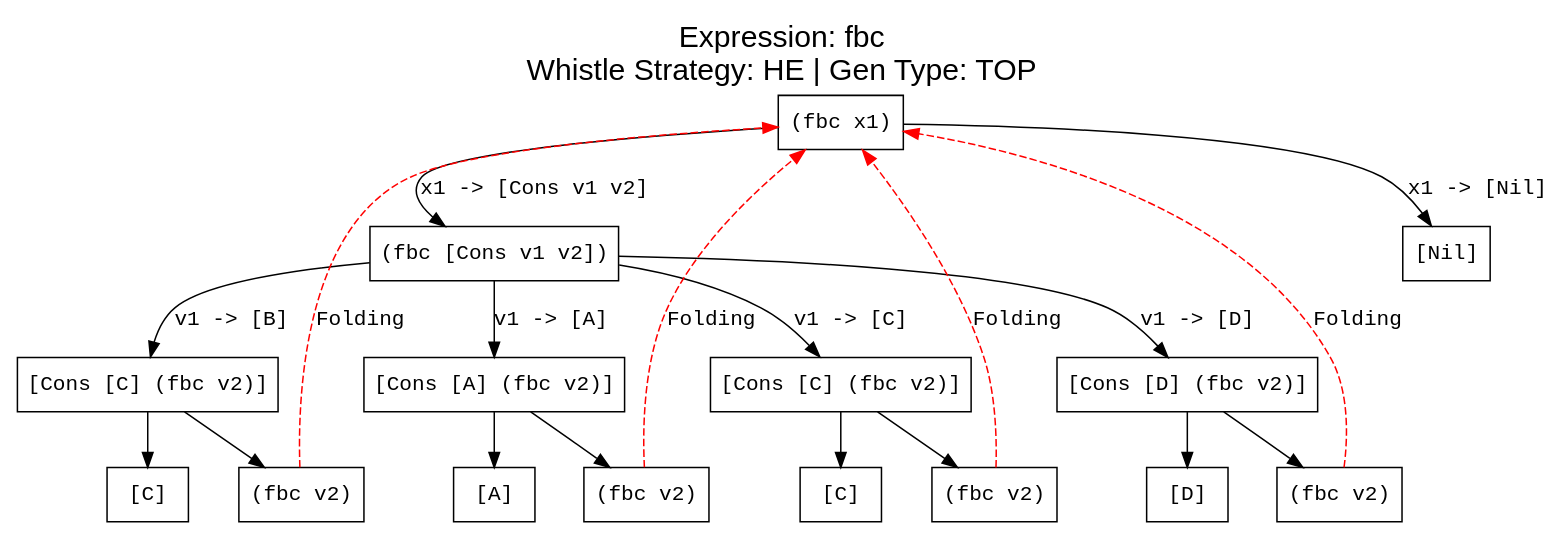
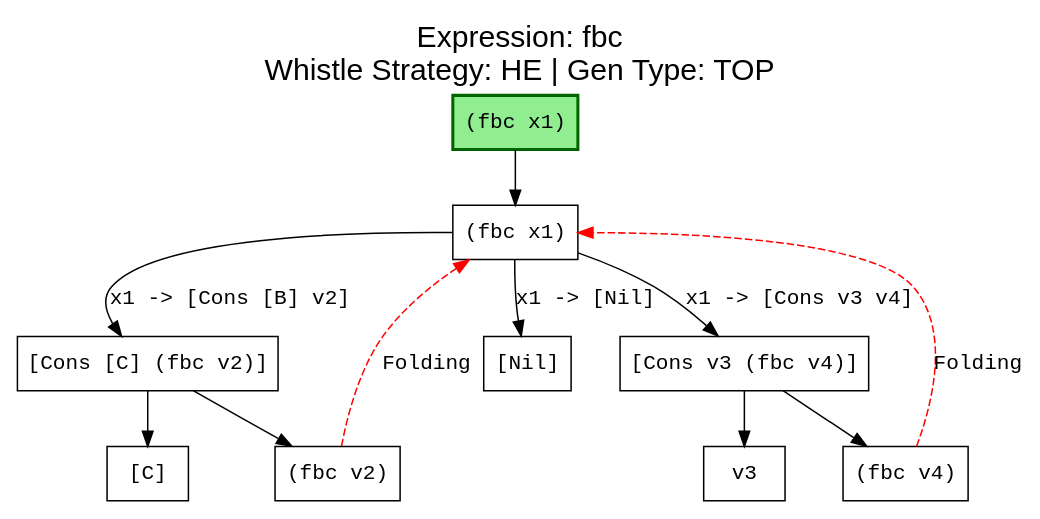
The diagram in output/test4/he_fbc.dot (makezh/coursework_supercompiler), drawn with Graphviz before and after one commit. The commit also changed 20 other files, not shown here.

```diff
--- a/output/test4/he_fbc.dot
+++ b/output/test4/he_fbc.dot
@@ -1,42 +1,28 @@
 digraph ProcessTree {
   label="Expression: fbc\nWhistle Strategy: HE | Gen Type: TOP";
   labelloc="t";
   fontsize=20;
   fontname="Arial";
 
     node [fontname="Courier New"];
     edge [fontname="Courier New"];
+    start [label="(fbc x1)", shape=box, style="filled", fillcolor="lightgreen", color="darkgreen", penwidth=2.0];
+    start -> n0 [];
     n0 [label="(fbc x1)", shape=box];
-    n0 -> n1 [label="x1 -> [Cons v1 v2]"];
-    n0 -> n2 [label="x1 -> [Nil]"];
-    n1 [label="(fbc [Cons v1 v2])", shape=box];
-    n1 -> n3 [label="v1 -> [B]"];
-    n1 -> n4 [label="v1 -> [A]"];
-    n1 -> n5 [label="v1 -> [C]"];
-    n1 -> n6 [label="v1 -> [D]"];
-    n2 [label="[Nil]", shape=box];
-    n3 [label="[Cons [C] (fbc v2)]", shape=box];
-    n3 -> n7 [label=""];
-    n3 -> n8 [label=""];
-    n4 [label="[Cons [A] (fbc v2)]", shape=box];
-    n4 -> n9 [label=""];
-    n4 -> n10 [label=""];
-    n5 [label="[Cons [C] (fbc v2)]", shape=box];
-    n5 -> n11 [label=""];
-    n5 -> n12 [label=""];
-    n6 [label="[Cons [D] (fbc v2)]", shape=box];
-    n6 -> n13 [label=""];
-    n6 -> n14 [label=""];
-    n7 [label="[C]", shape=box];
-    n8 [label="(fbc v2)", shape=box];
-    n8 -> n0 [style=dashed, color=red, label="Folding"];
-    n9 [label="[A]", shape=box];
-    n10 [label="(fbc v2)", shape=box];
-    n10 -> n0 [style=dashed, color=red, label="Folding"];
-    n11 [label="[C]", shape=box];
-    n12 [label="(fbc v2)", shape=box];
-    n12 -> n0 [style=dashed, color=red, label="Folding"];
-    n13 [label="[D]", shape=box];
-    n14 [label="(fbc v2)", shape=box];
-    n14 -> n0 [style=dashed, color=red, label="Folding"];
+    n0 -> n1 [label="x1 -> [Cons [B] v2]"];
+    n0 -> n2 [label="x1 -> [Cons v3 v4]"];
+    n0 -> n3 [label="x1 -> [Nil]"];
+    n1 [label="[Cons [C] (fbc v2)]", shape=box];
+    n1 -> n4 [label=""];
+    n1 -> n5 [label=""];
+    n2 [label="[Cons v3 (fbc v4)]", shape=box];
+    n2 -> n6 [label=""];
+    n2 -> n7 [label=""];
+    n3 [label="[Nil]", shape=box];
+    n4 [label="[C]", shape=box];
+    n5 [label="(fbc v2)", shape=box];
+    n5 -> n0 [style=dashed, color=red, label="Folding"];
+    n6 [label="v3", shape=box];
+    n7 [label="(fbc v4)", shape=box];
+    n7 -> n0 [style=dashed, color=red, label="Folding"];
 }
```
